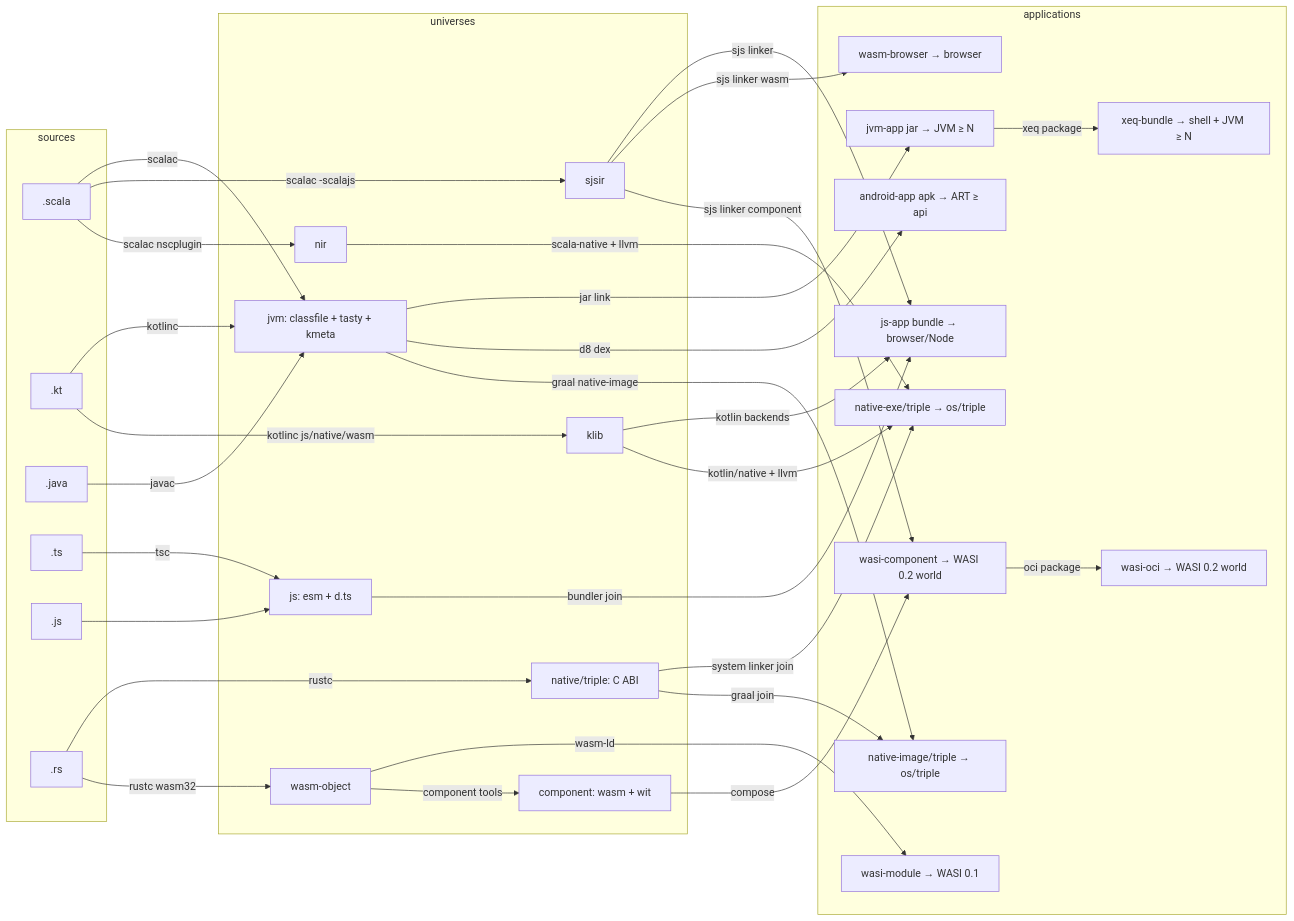
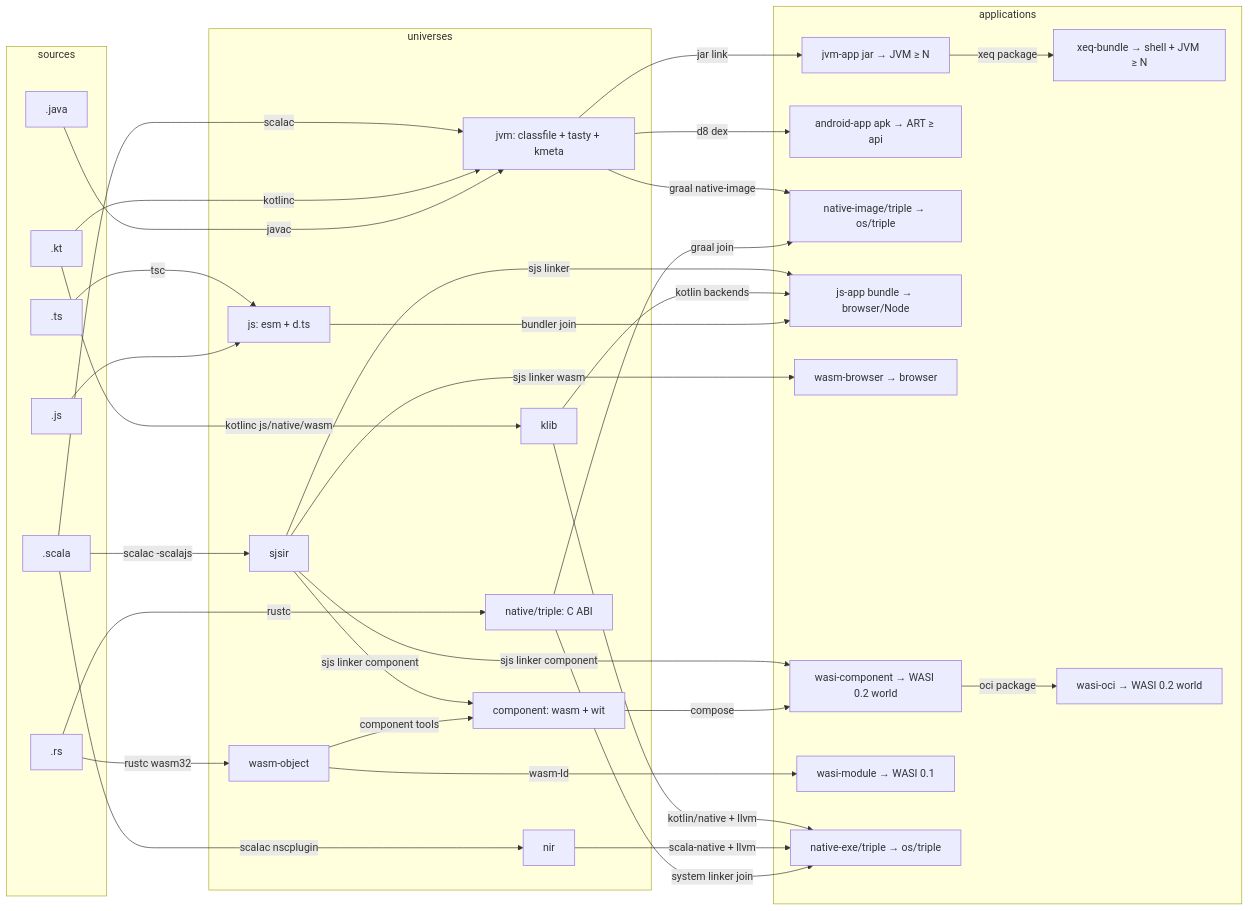
Before and after one commit to propensive/lira: the diagram in design/universes.md, drawn with Mermaid. The commit also changed other lines of this file, not shown here.

First line of the commit message:
Draw the sjsir edge into the component universe

````diff
--- a/design/universes.md
+++ b/design/universes.md
@@ -145,59 +149,60 @@
 ```mermaid
 graph LR
   subgraph sources
     SCALA[.scala]; KT[.kt]; JAVA[.java]; TS[.ts]; JS_SRC[.js]; RS[.rs]
   end
 
   subgraph universes
     JVM[jvm: classfile + tasty + kmeta]
     SJSIR[sjsir]
     NIR[nir]
     JSU[js: esm + d.ts]
     KLIB[klib]
     COMP[component: wasm + wit]
     NATIVE[native/triple: C ABI]
     WOBJ[wasm-object]
   end
 
   subgraph applications
     JAR[jvm-app jar → JVM ≥ N]
     APK[android-app apk → ART ≥ api]
     XEQ[xeq-bundle → shell + JVM ≥ N]
     NIMG[native-image/triple → os/triple]
     JSAPP[js-app bundle → browser/Node]
     WASMB[wasm-browser → browser]
     WASI2[wasi-component → WASI 0.2 world]
     WASIOCI[wasi-oci → WASI 0.2 world]
     WASI1[wasi-module → WASI 0.1]
     EXE[native-exe/triple → os/triple]
   end
 
   SCALA -->|scalac| JVM
   SCALA -->|scalac -scalajs| SJSIR
   SCALA -->|scalac nscplugin| NIR
   KT -->|kotlinc| JVM
   KT -->|kotlinc js/native/wasm| KLIB
   JAVA -->|javac| JVM
   TS -->|tsc| JSU
   JS_SRC --> JSU
   RS -->|rustc| NATIVE
   RS -->|rustc wasm32| WOBJ
 
   JVM -->|jar link| JAR
   JVM -->|d8 dex| APK
   JVM -->|graal native-image| NIMG
   JAR -->|xeq package| XEQ
   SJSIR -->|sjs linker| JSAPP
   SJSIR -->|sjs linker wasm| WASMB
   SJSIR -->|sjs linker component| WASI2
+  SJSIR -->|sjs linker component| COMP
   WASI2 -->|oci package| WASIOCI
   KLIB -->|kotlin backends| JSAPP
   KLIB -->|kotlin/native + llvm| EXE
   NIR -->|scala-native + llvm| EXE
   JSU -->|bundler join| JSAPP
   NATIVE -->|system linker join| EXE
   NATIVE -->|graal join| NIMG
   WOBJ -->|wasm-ld| WASI1
   WOBJ -->|component tools| COMP
   COMP -->|compose| WASI2
 ```
````
